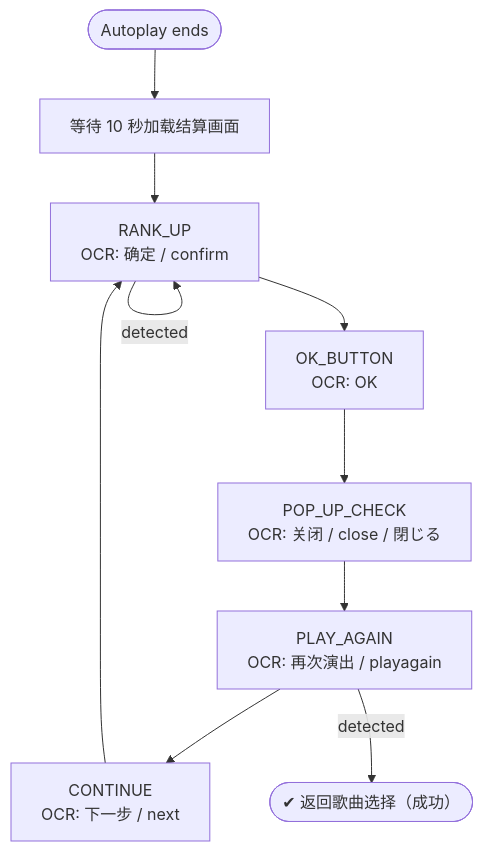
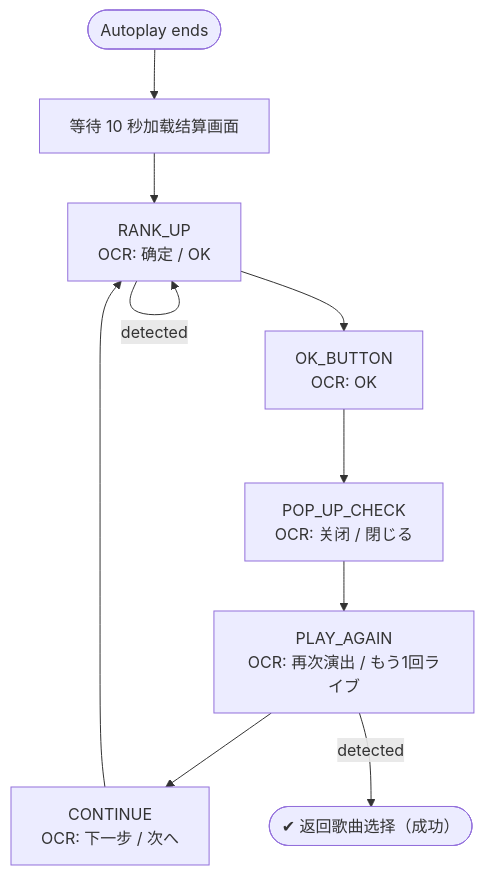
One commit to Emonli/ssm-gui changed the diagram in README.md. Above: the diagram before and after it, drawn with Mermaid. The commit also changed other lines of this file and 2 other files, not shown here.

````diff
--- a/README.md
+++ b/README.md
@@ -79,30 +79,30 @@
 ```mermaid
 flowchart TD
 
     START(["Autoplay ends"]) --> WAIT10["等待 10 秒加载结算画面"]
     WAIT10 --> RANKUP
 
     %% --- RANK UP ---
-    RANKUP["RANK_UP<br/>OCR: 确定 / confirm"] 
+    RANKUP["RANK_UP<br/>OCR: 确定 / OK "] 
     RANKUP --> OKBTN
     RANKUP -- "detected" --> RANKUP
 
     %% --- OK BUTTON ---
     OKBTN["OK_BUTTON<br/>OCR: OK"] 
     OKBTN --> POP
 
     %% --- POP UP CHECK ---
-    POP["POP_UP_CHECK<br/>OCR: 关闭 / close / 閉じる"] 
+    POP["POP_UP_CHECK<br/>OCR: 关闭 / 閉じる"] 
     POP --> PLAYAGAIN
 
     %% --- PLAY AGAIN ---
-    PLAYAGAIN["PLAY_AGAIN<br/>OCR: 再次演出 / playagain"]
+    PLAYAGAIN["PLAY_AGAIN<br/>OCR: 再次演出 / もう1回ライブ"]
     PLAYAGAIN --> CONT
     PLAYAGAIN -- "detected" --> DONE
 
     %% --- CONTINUE ---
-    CONT["CONTINUE<br/>OCR: 下一步 / next"]
+    CONT["CONTINUE<br/>OCR: 下一步 / 次へ"]
     CONT --> RANKUP
 
     DONE(["✔ 返回歌曲选择（成功）"])
 ```
````
